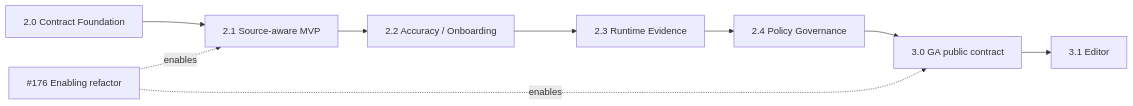
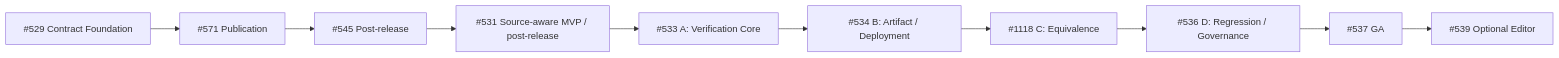
Before and after one commit to albert-einshutoin/cdn-security-framework: the diagram in docs/ROADMAP.ja.md, drawn with Mermaid. The commit also changed other lines of this file and 6 other files, not shown here.

````diff
--- a/docs/ROADMAP.ja.md
+++ b/docs/ROADMAP.ja.md
@@ -65,11 +71,12 @@
 ```mermaid
 flowchart LR
-  CF["2.0 Contract Foundation"] --> SA["2.1 Source-aware MVP"]
-  SA --> ACC["2.2 Accuracy / Onboarding"]
-  ACC --> RT["2.3 Runtime Evidence"]
-  RT --> GOV["2.4 Policy Governance"]
-  GOV --> GA["3.0 GA public contract"]
-  GA --> ED["3.1 Editor"]
-  REF["#176 Enabling refactor"] -. enables .-> SA
-  REF -. enables .-> GA
+  CF["#529 Contract Foundation"] --> PUB["#571 Publication"]
+  PUB --> POST["#545 Post-release"]
+  POST --> SA["#531 Source-aware MVP / post-release"]
+  SA --> A["#533 A: Verification Core"]
+  A --> B["#534 B: Artifact / Deployment"]
+  B --> C["#1118 C: Equivalence"]
+  C --> D["#536 D: Regression / Governance"]
+  D --> GA["#537 GA"]
+  GA --> ED["#539 Optional Editor"]
 ```
````
